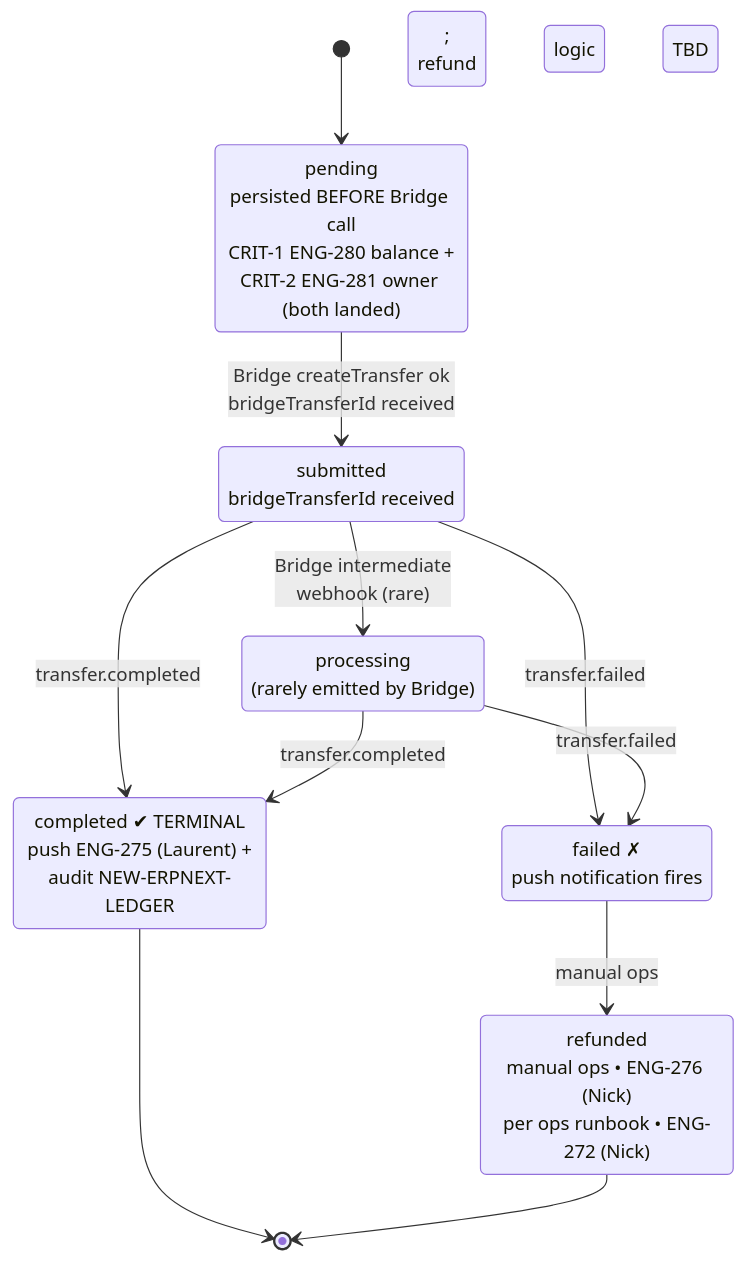
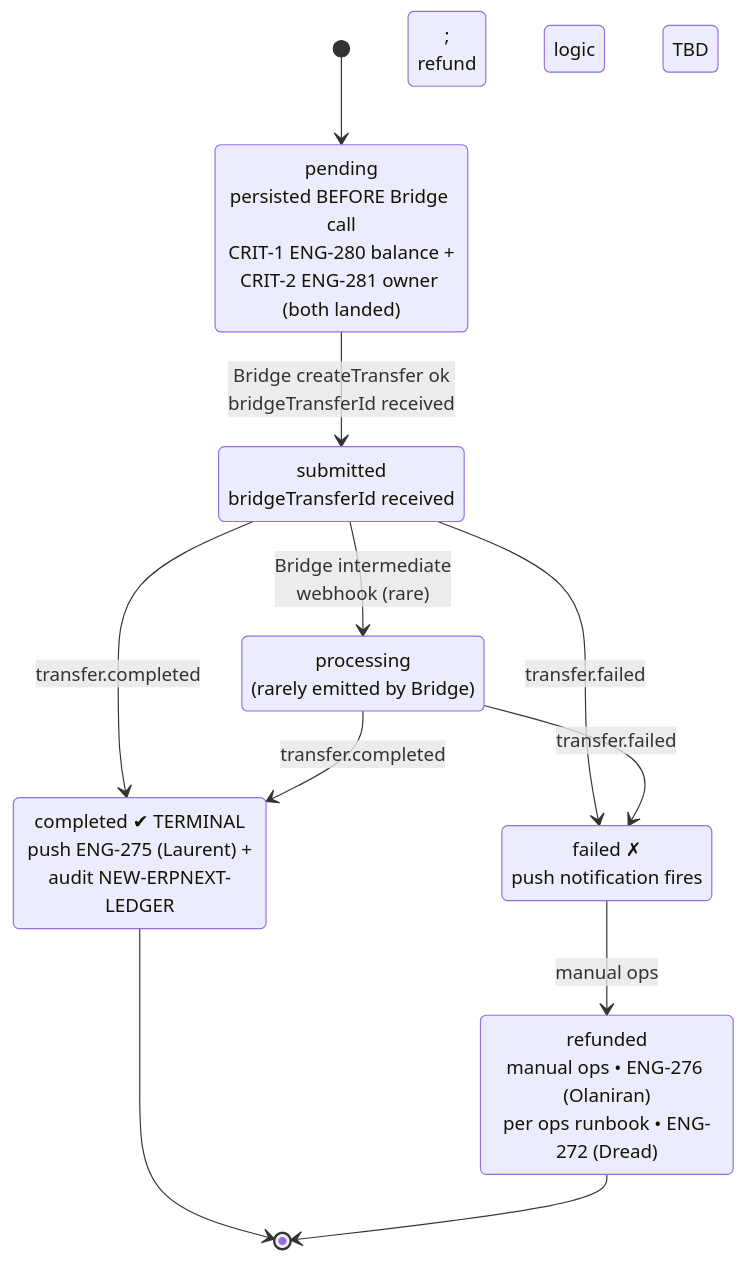
One commit to lnflash/flash changed the sixth of 10 diagrams in docs/bridge-integration/FLOWS.md. Above: the diagram before and after it, drawn with Mermaid. The commit also changed other lines of this file and 1 other file, not shown here.

First line of the commit message:
docs(bridge): Olaniran load-shed + §5.2 direction-of-funds fix + §3 ELI5

````diff
--- a/docs/bridge-integration/FLOWS.md
+++ b/docs/bridge-integration/FLOWS.md
@@ -309,22 +320,22 @@
 ```mermaid
 stateDiagram-v2
     direction TB
 
     [*] --> pending
     pending --> submitted : Bridge createTransfer ok<br/>bridgeTransferId received
     submitted --> processing : Bridge intermediate<br/>webhook (rare)
     submitted --> completed : transfer.completed
     processing --> completed : transfer.completed
     submitted --> failed : transfer.failed
     processing --> failed : transfer.failed
     failed --> refunded : manual ops
     completed --> [*]
     refunded --> [*]
 
     pending : pending<br/>persisted BEFORE Bridge call<br/>CRIT-1 ENG-280 balance +<br/>CRIT-2 ENG-281 owner (both landed)
     submitted : submitted<br/>bridgeTransferId received
     processing : processing<br/>(rarely emitted by Bridge)
     completed : completed ✔ TERMINAL<br/>push ENG-275 (Laurent) +<br/>audit NEW-ERPNEXT-LEDGER
     failed : failed ✗<br/>push notification fires;<br/>refund logic TBD
-    refunded : refunded<br/>manual ops • ENG-276 (Nick)<br/>per ops runbook • ENG-272 (Nick)
+    refunded : refunded<br/>manual ops • ENG-276 (Olaniran)<br/>per ops runbook • ENG-272 (Dread)
 ```
````
